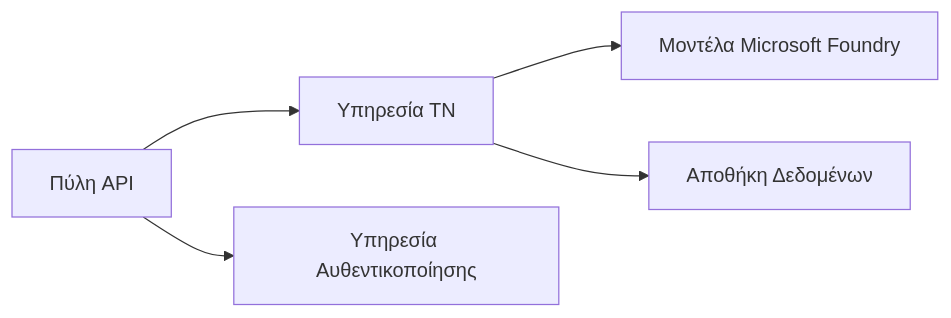
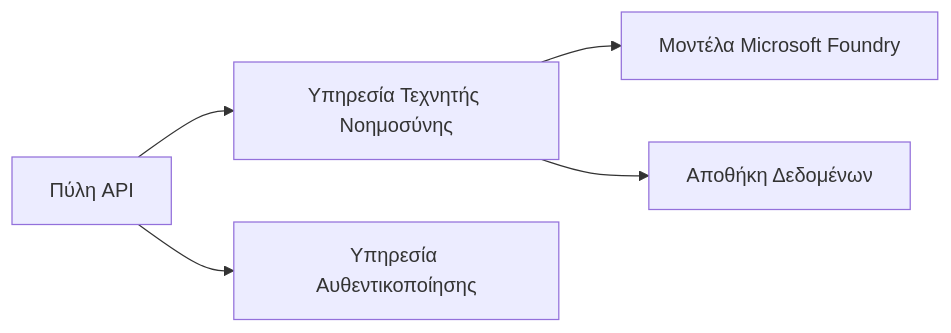
Before and after one commit to microsoft/AZD-for-beginners: the first of 2 diagrams in translations/el/docs/chapter-08-production/README.md, drawn with Mermaid. The commit also changed other lines of this file and 104 other files, not shown here.

````diff
--- a/translations/el/docs/chapter-08-production/README.md
+++ b/translations/el/docs/chapter-08-production/README.md
@@ -48,6 +48,6 @@
 ```mermaid
 graph LR
-    Gateway[Πύλη API] --> AI[Υπηρεσία ΤΝ] --> Models[Μοντέλα Microsoft Foundry]
+    Gateway[Πύλη API] --> AI[Υπηρεσία Τεχνητής Νοημοσύνης] --> Models[Μοντέλα Microsoft Foundry]
     Gateway --> Auth[Υπηρεσία Αυθεντικοποίησης]
     AI --> Data[Αποθήκη Δεδομένων]
 ```
````
